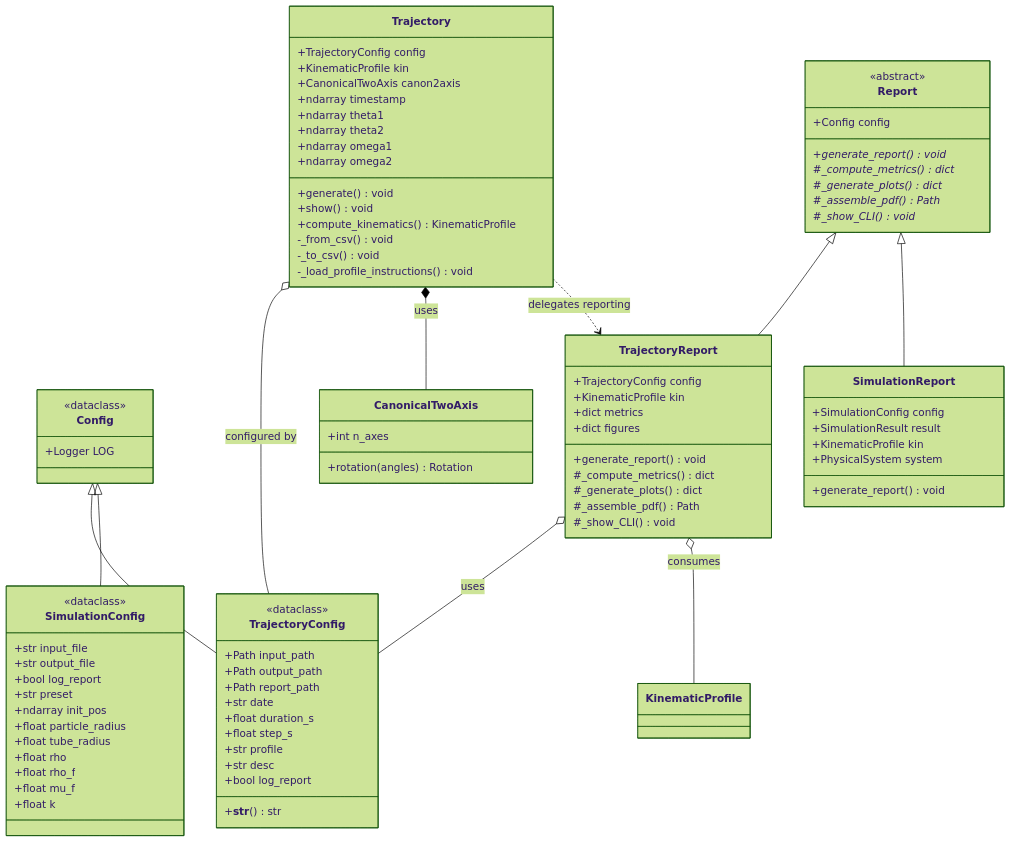
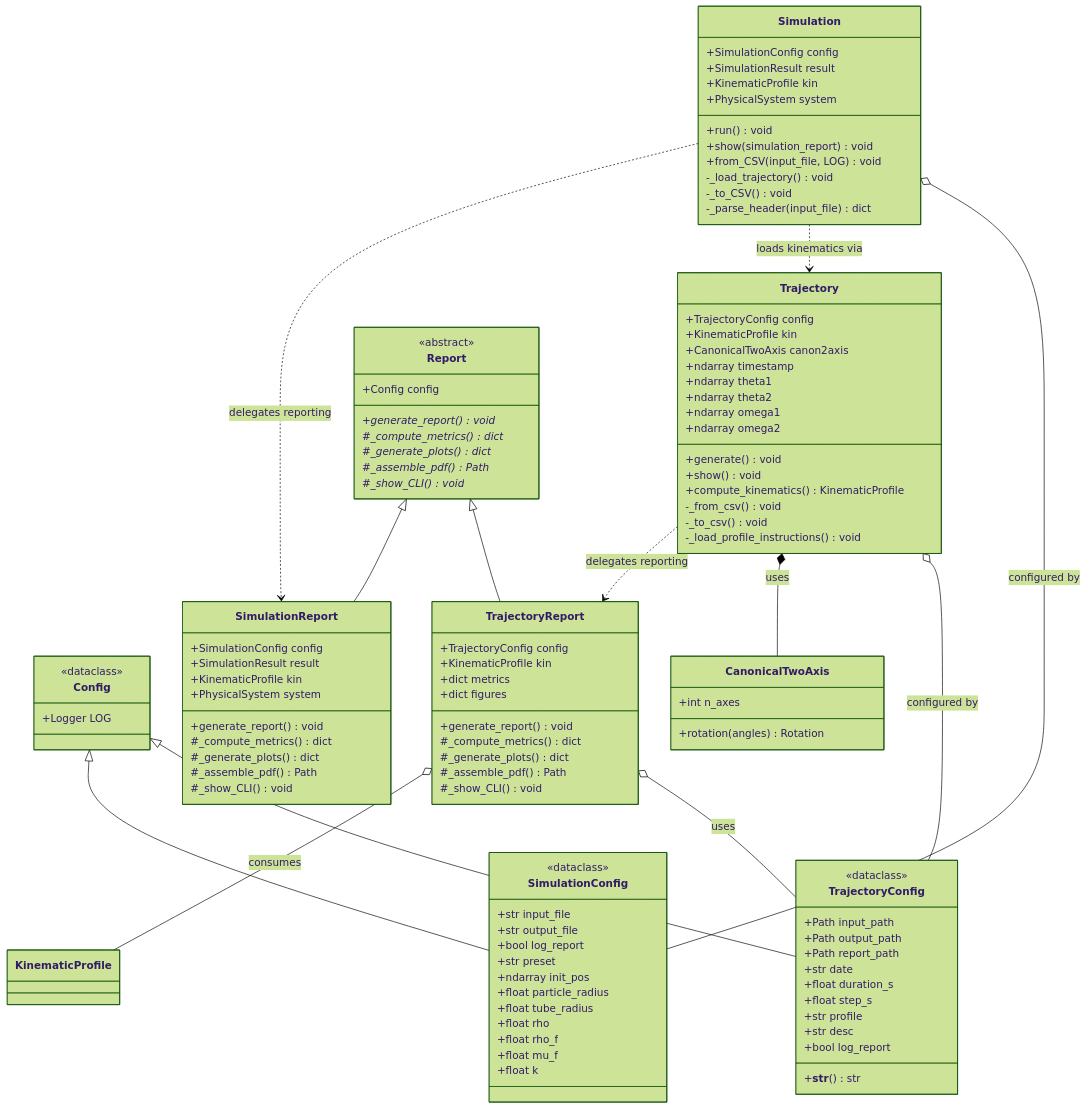
Before and after one commit to axelp-dev/prisma: the diagram in docs/ARCHITECTURE.md, drawn with Mermaid (forest theme). The commit also changed other lines of this file and 2 other files, not shown here.

Commit message:
docs: Updating docs according to simulation refactor

````diff
--- a/docs/ARCHITECTURE.md
+++ b/docs/ARCHITECTURE.md
@@ -259,6 +259,19 @@
         -_load_profile_instructions() void
     }
 
+    class Simulation {
+        +SimulationConfig config
+        +SimulationResult result
+        +KinematicProfile kin
+        +PhysicalSystem system
+        +run() void
+        +show(simulation_report) void
+        +from_CSV(input_file, LOG) void
+        -_load_trajectory() void
+        -_to_CSV() void
+        -_parse_header(input_file) dict
+    }
+
     class CanonicalTwoAxis {
         +int n_axes
         +rotation(angles) Rotation
@@ -293,6 +306,10 @@
         +KinematicProfile kin
         +PhysicalSystem system
         +generate_report() void
+        #_compute_metrics() dict
+        #_generate_plots() dict
+        #_assemble_pdf() Path
+        #_show_CLI() void
     }
 
     Report <|-- TrajectoryReport
@@ -303,4 +320,8 @@
     TrajectoryReport o-- TrajectoryConfig : uses
     TrajectoryReport o-- KinematicProfile : consumes
     Trajectory ..> TrajectoryReport : delegates reporting
+
+    Simulation o-- SimulationConfig : configured by
+    Simulation ..> Trajectory : loads kinematics via
+    Simulation ..> SimulationReport : delegates reporting
 ```
````
